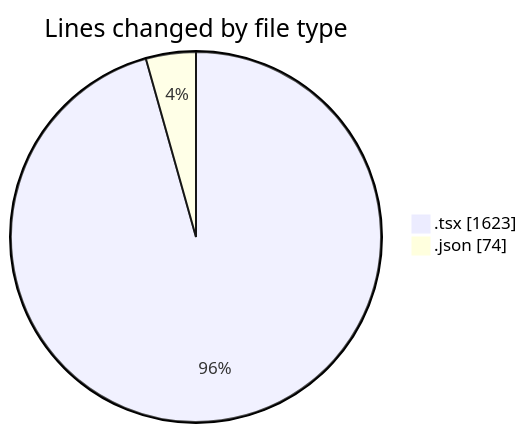
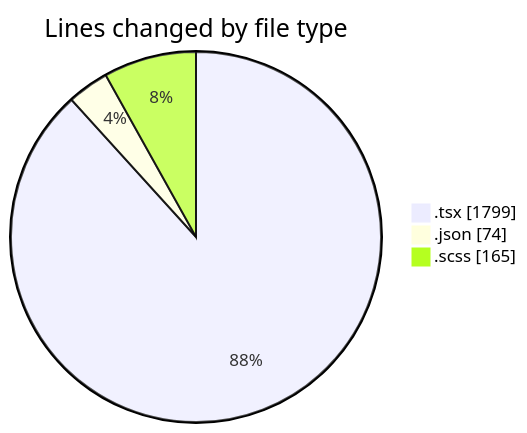
Before and after one commit to momahboobian/code-tracking: the first of 2 diagrams in 2025-04-08/cda/README.md, drawn with Mermaid. The commit also changed other lines of this file and 1 other file, not shown here.

````diff
--- a/2025-04-08/cda/README.md
+++ b/2025-04-08/cda/README.md
@@ -22,6 +24,7 @@
 ```mermaid
 pie showData
 title Lines changed by file type
-".tsx" : 1623
+".tsx" : 1799
 ".json" : 74
+".scss" : 165
 ```
````
